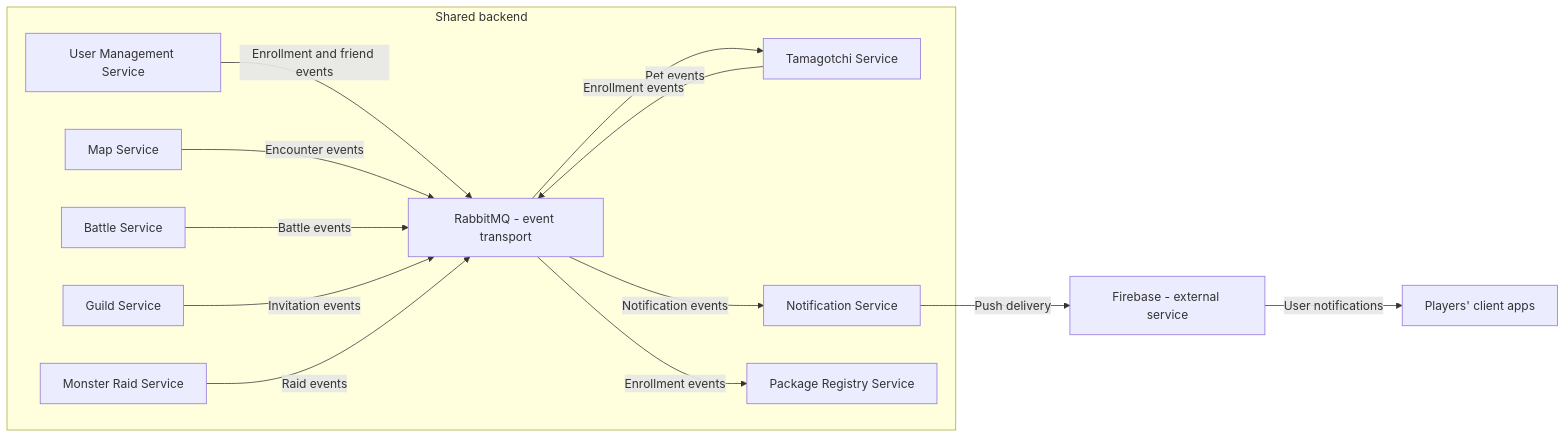
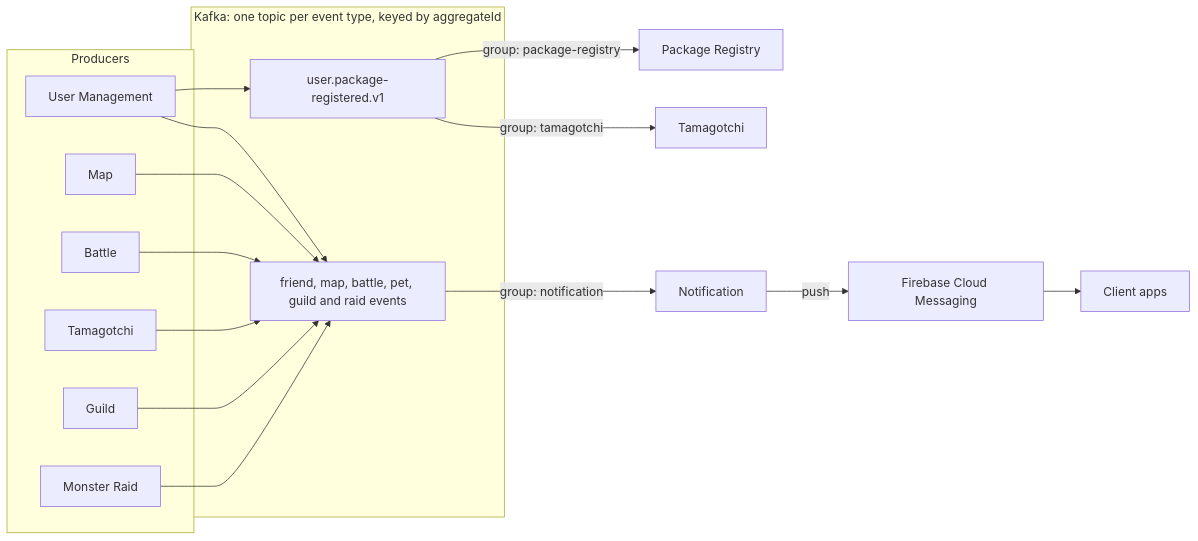
Before and after one commit to AlexDandy77/tamagotchi-go: the third of 4 diagrams in README.md, drawn with Mermaid. The commit also changed other lines of this file and 4 other files, not shown here.

Commit message:
docs(common): compact README, add architecture diagrams, switch events to Kafka (refs #3, refs #4)

````diff
--- a/README.md
+++ b/README.md
@@ -154,16 +78,21 @@
 ```mermaid
 flowchart LR
-    subgraph Backend["Shared backend"]
-        User["User Management Service"] -->|"Enrollment and friend events"| Bus["RabbitMQ - event transport"]
-        Map["Map Service"] -->|"Encounter events"| Bus
-        Battle["Battle Service"] -->|"Battle events"| Bus
-        Pet["Tamagotchi Service"] -->|"Pet events"| Bus
-        Guild["Guild Service"] -->|"Invitation events"| Bus
-        Raid["Monster Raid Service"] -->|"Raid events"| Bus
-        Bus -->|"Notification events"| Notify["Notification Service"]
-        Bus -->|"Enrollment events"| Registry["Package Registry Service"]
-        Bus -->|"Enrollment events"| Pet
+    subgraph Producers
+        UM["User Management"]
+        MP["Map"]
+        BT["Battle"]
+        TM["Tamagotchi"]
+        GD["Guild"]
+        MR["Monster Raid"]
     end
-    Notify -->|"Push delivery"| Firebase["Firebase - external service"]
-    Firebase -->|"User notifications"| Apps["Players' client apps"]
+    subgraph Kafka["Kafka: one topic per event type, keyed by aggregateId"]
+        T1["user.package-registered.v1"]
+        T2["friend, map, battle, pet, guild and raid events"]
+    end
+    UM --> T1
+    UM & MP & BT & TM & GD & MR --> T2
+    T1 -->|"group: package-registry"| PR["Package Registry"]
+    T1 -->|"group: tamagotchi"| TM2["Tamagotchi"]
+    T2 -->|"group: notification"| NT["Notification"]
+    NT -->|"push"| FCM["Firebase Cloud Messaging"] --> Apps["Client apps"]
 ```
````
